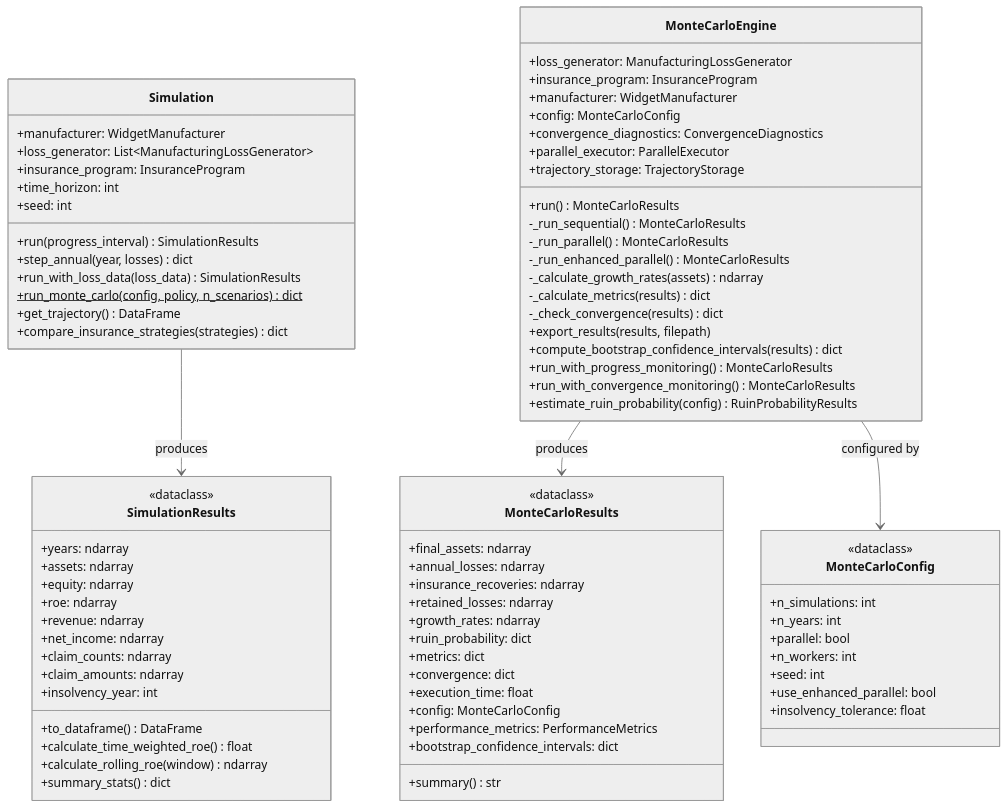
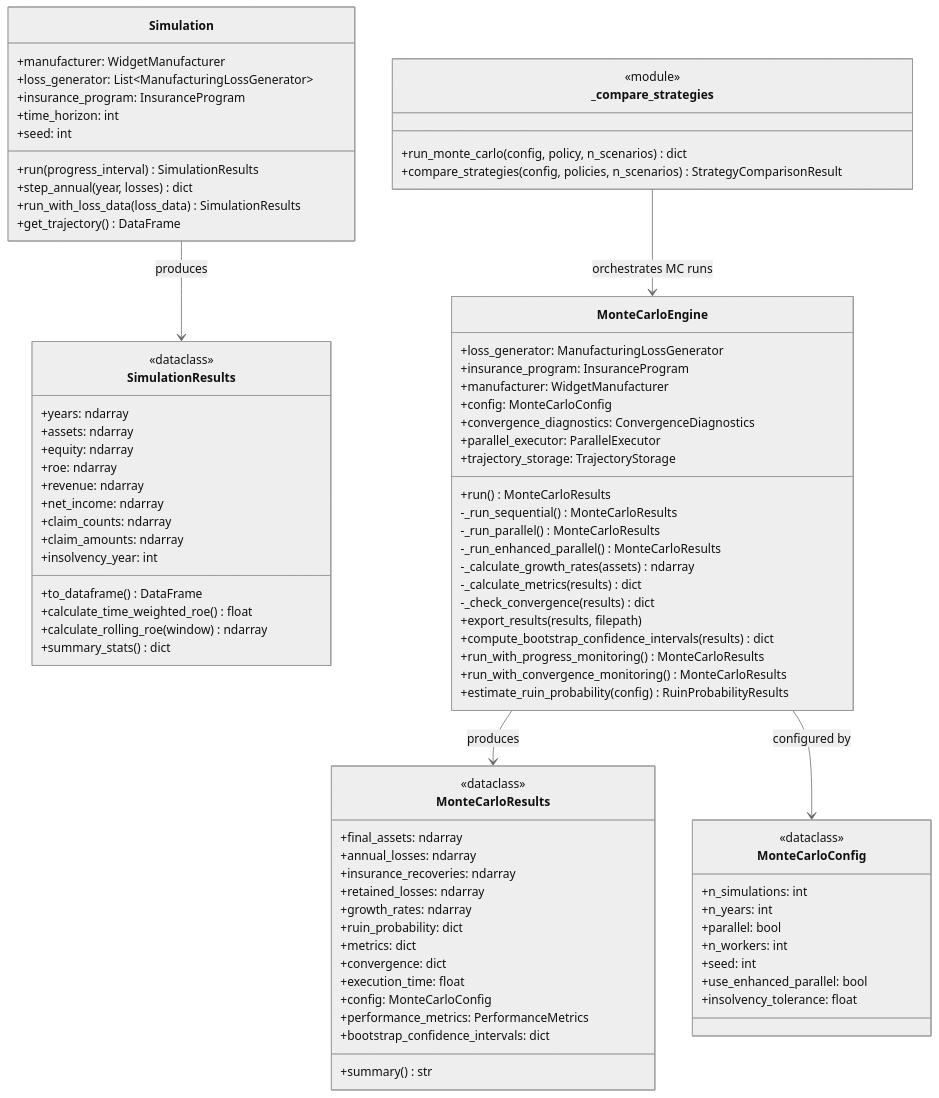
The fifth of 6 diagrams in ergodic_insurance/docs/architecture/class_diagrams/core_classes.md (AlexFiliakov/Ergodic-Insurance-Limits), drawn with Mermaid (neutral theme) before and after one commit. The commit also changed other lines of this file and 188 other files, not shown here.

````diff
--- a/ergodic_insurance/docs/architecture/class_diagrams/core_classes.md
+++ b/ergodic_insurance/docs/architecture/class_diagrams/core_classes.md
@@ -398,9 +404,13 @@
         +run(progress_interval) SimulationResults
         +step_annual(year, losses) dict
         +run_with_loss_data(loss_data) SimulationResults
-        +run_monte_carlo(config, policy, n_scenarios)$ dict
         +get_trajectory() DataFrame
-        +compare_insurance_strategies(strategies) dict
+    }
+
+    class _compare_strategies {
+        <<module>>
+        +run_monte_carlo(config, policy, n_scenarios) dict
+        +compare_strategies(config, policies, n_scenarios) StrategyComparisonResult
     }
 
     class SimulationResults {
@@ -473,4 +483,5 @@
     Simulation --> SimulationResults : produces
     MonteCarloEngine --> MonteCarloResults : produces
     MonteCarloEngine --> MonteCarloConfig : configured by
+    _compare_strategies --> MonteCarloEngine : orchestrates MC runs
 ```
````
